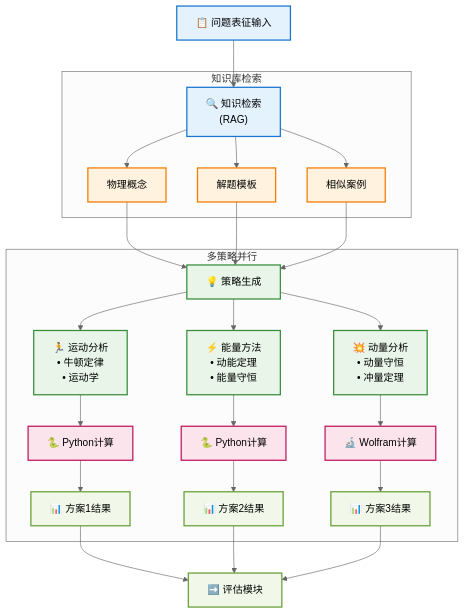
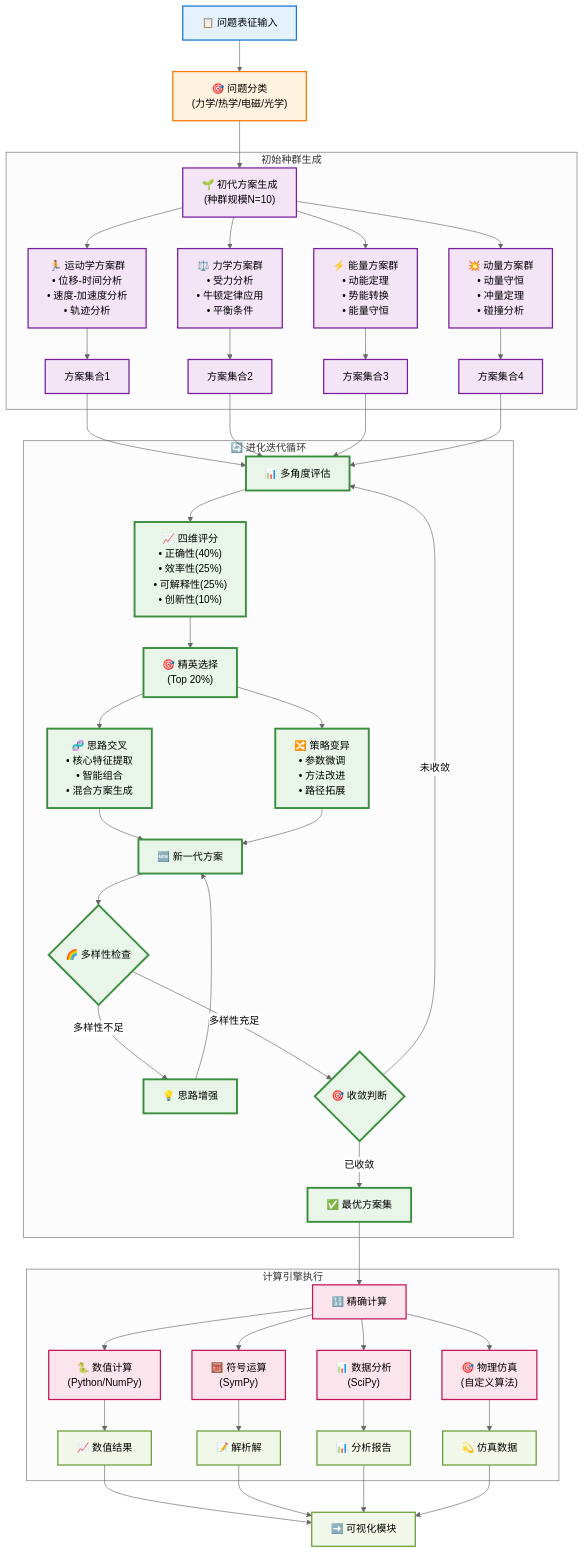
Before and after one commit to xruilin/pysical-agent: the third of 8 diagrams in plan.md, drawn with Mermaid (neutral theme). The commit also changed other lines of this file, not shown here.

````diff
--- a/plan.md
+++ b/plan.md
@@ -166,44 +239,77 @@
 ```mermaid
 flowchart TD
-    START["📋 问题表征输入"] --> RETRIEVE["🔍 知识检索<br/>(RAG)"]
+    START["📋 问题表征输入"] --> CLASSIFY["🎯 问题分类<br/>(力学/热学/电磁/光学)"]
     
-    subgraph KB_SEARCH ["知识库检索"]
-        RETRIEVE --> K1["物理概念"]
-        RETRIEVE --> K2["解题模板"]
-        RETRIEVE --> K3["相似案例"]
+    CLASSIFY --> INIT_GEN["🌱 初代方案生成<br/>(种群规模N=10)"]
+    
+    subgraph INITIAL_POPULATION ["初始种群生成"]
+        INIT_GEN --> S1["🏃 运动学方案群<br/>• 位移-时间分析<br/>• 速度-加速度分析<br/>• 轨迹分析"]
+        INIT_GEN --> S2["⚖️ 力学方案群<br/>• 受力分析<br/>• 牛顿定律应用<br/>• 平衡条件"]
+        INIT_GEN --> S3["⚡ 能量方案群<br/>• 动能定理<br/>• 势能转换<br/>• 能量守恒"]
+        INIT_GEN --> S4["💥 动量方案群<br/>• 动量守恒<br/>• 冲量定理<br/>• 碰撞分析"]
+        
+        S1 --> P1["方案集合1"]
+        S2 --> P2["方案集合2"]
+        S3 --> P3["方案集合3"]
+        S4 --> P4["方案集合4"]
     end
     
-    K1 --> STRATEGY["💡 策略生成"]
-    K2 --> STRATEGY
-    K3 --> STRATEGY
+    P1 --> EVAL["📊 多角度评估"]
+    P2 --> EVAL
+    P3 --> EVAL
+    P4 --> EVAL
     
-    subgraph MULTI_STRATEGY ["多策略并行"]
-        STRATEGY --> S1["🏃 运动分析<br/>• 牛顿定律<br/>• 运动学"]
-        STRATEGY --> S2["⚡ 能量方法<br/>• 动能定理<br/>• 能量守恒"]
-        STRATEGY --> S3["💥 动量分析<br/>• 动量守恒<br/>• 冲量定理"]
+    subgraph EVOLUTION_CYCLE ["🔄 进化迭代循环"]
+        EVAL --> SCORE["📈 四维评分<br/>• 正确性(40%)<br/>• 效率性(25%)<br/>• 可解释性(25%)<br/>• 创新性(10%)"]
         
-        S1 --> C1["🐍 Python计算"]
-        S2 --> C2["🐍 Python计算"]
-        S3 --> C3["🔬 Wolfram计算"]
+        SCORE --> SELECT["🎯 精英选择<br/>(Top 20%)"]
         
-        C1 --> R1["📊 方案1结果"]
-        C2 --> R2["📊 方案2结果"]
-        C3 --> R3["📊 方案3结果"]
+        SELECT --> CROSSOVER["🧬 思路交叉<br/>• 核心特征提取<br/>• 智能组合<br/>• 混合方案生成"]
+        
+        SELECT --> MUTATE["🔀 策略变异<br/>• 参数微调<br/>• 方法改进<br/>• 路径拓展"]
+        
+        CROSSOVER --> NEW_GEN["🆕 新一代方案"]
+        MUTATE --> NEW_GEN
+        
+        NEW_GEN --> DIVERSITY_CHECK{"🌈 多样性检查"}
+        DIVERSITY_CHECK -->|"多样性不足"| ENHANCE["💡 思路增强"]
+        ENHANCE --> NEW_GEN
+        
+        DIVERSITY_CHECK -->|"多样性充足"| CONVERGENCE{"🎯 收敛判断"}
+        CONVERGENCE -->|"未收敛"| EVAL
+        CONVERGENCE -->|"已收敛"| FINAL["✅ 最优方案集"]
     end
     
-    R1 --> NEXT["➡️ 评估模块"]
+    FINAL --> COMPUTE["🔢 精确计算"]
+    
+    subgraph COMPUTATION ["计算引擎执行"]
+        COMPUTE --> C1["🐍 数值计算<br/>(Python/NumPy)"]
+        COMPUTE --> C2["🧮 符号运算<br/>(SymPy)"]
+        COMPUTE --> C3["📊 数据分析<br/>(SciPy)"]
+        COMPUTE --> C4["🎯 物理仿真<br/>(自定义算法)"]
+        
+        C1 --> R1["📈 数值结果"]
+        C2 --> R2["📝 解析解"]
+        C3 --> R3["📊 分析报告"]
+        C4 --> R4["💫 仿真数据"]
+    end
+    
+    R1 --> NEXT["➡️ 可视化模块"]
     R2 --> NEXT
     R3 --> NEXT
+    R4 --> NEXT
     
     classDef input fill:#e3f2fd,stroke:#1976d2,stroke-width:2px,color:#000
-    classDef knowledge fill:#fff3e0,stroke:#f57c00,stroke-width:2px,color:#000
-    classDef strategy fill:#e8f5e8,stroke:#388e3c,stroke-width:2px,color:#000
+    classDef classify fill:#fff3e0,stroke:#f57c00,stroke-width:2px,color:#000
+    classDef population fill:#f3e5f5,stroke:#7b1fa2,stroke-width:2px,color:#000
+    classDef evolution fill:#e8f5e8,stroke:#388e3c,stroke-width:3px,color:#000
     classDef compute fill:#fce4ec,stroke:#c2185b,stroke-width:2px,color:#000
     classDef output fill:#f1f8e9,stroke:#689f38,stroke-width:2px,color:#000
     
-    class START,RETRIEVE input
-    class K1,K2,K3 knowledge
-    class STRATEGY,S1,S2,S3 strategy
-    class C1,C2,C3 compute
-    class R1,R2,R3,NEXT output
+    class START input
+    class CLASSIFY classify
+    class INIT_GEN,S1,S2,S3,S4,P1,P2,P3,P4 population
+    class EVAL,SCORE,SELECT,CROSSOVER,MUTATE,NEW_GEN,DIVERSITY_CHECK,ENHANCE,CONVERGENCE,FINAL evolution
+    class COMPUTE,C1,C2,C3,C4 compute
+    class R1,R2,R3,R4,NEXT output
 ```
````
